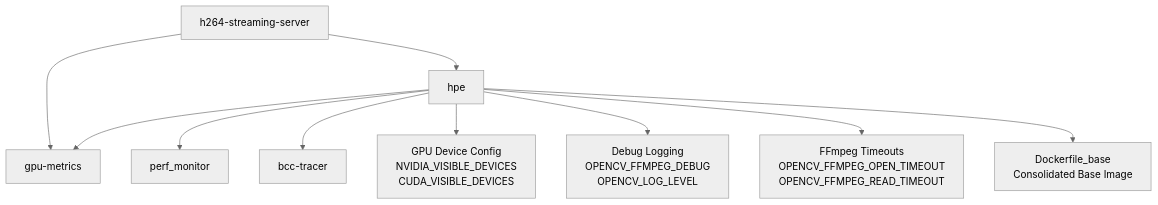
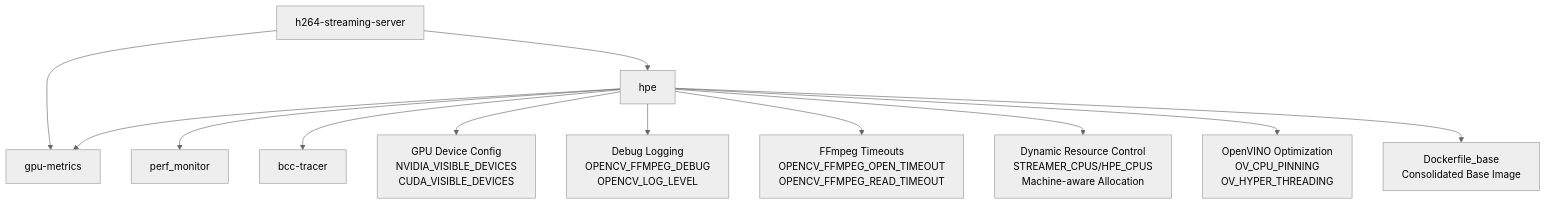
Before and after one commit to Fogus-Gr/MeasurementsDTs: the fourth of 7 diagrams in .qoder/repowiki/en/content/Deployment Infrastructure/Deployment Infrastructure.md, drawn with Mermaid (neutral theme). The commit also changed other lines of this file and 7 other files, not shown here.

Commit message:
docs(repowiki): restructure optimization assets, add performance documentation, and improve CPU tuning utilities.

````diff
--- a/.qoder/repowiki/en/content/Deployment Infrastructure/Deployment Infrastructure.md
+++ b/.qoder/repowiki/en/content/Deployment Infrastructure/Deployment Infrastructure.md
@@ -220,12 +258,14 @@
 ```mermaid
 graph TB
 S["h264-streaming-server"] --> H["hpe"]
 S --> M["gpu-metrics"]
 H --> M
 H --> P["perf_monitor"]
 H --> B["bcc-tracer"]
 H --> G["GPU Device Config<br/>NVIDIA_VISIBLE_DEVICES<br/>CUDA_VISIBLE_DEVICES"]
 H --> L["Debug Logging<br/>OPENCV_FFMPEG_DEBUG<br/>OPENCV_LOG_LEVEL"]
 H --> T["FFmpeg Timeouts<br/>OPENCV_FFMPEG_OPEN_TIMEOUT<br/>OPENCV_FFMPEG_READ_TIMEOUT"]
+H --> DRC["Dynamic Resource Control<br/>STREAMER_CPUS/HPE_CPUS<br/>Machine-aware Allocation"]
+H --> OVOPT["OpenVINO Optimization<br/>OV_CPU_PINNING<br/>OV_HYPER_THREADING"]
 H --> DB["Dockerfile_base<br/>Consolidated Base Image"]
 ```
````
